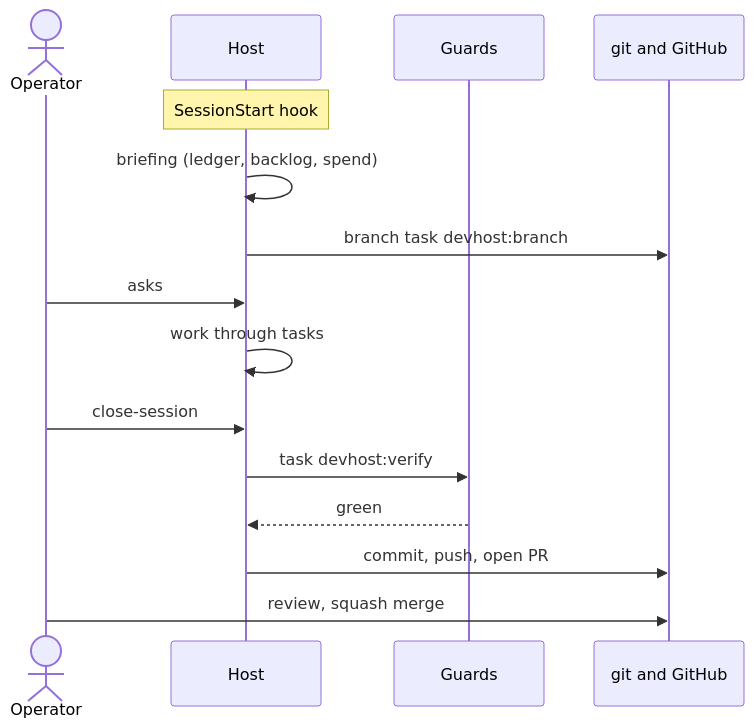
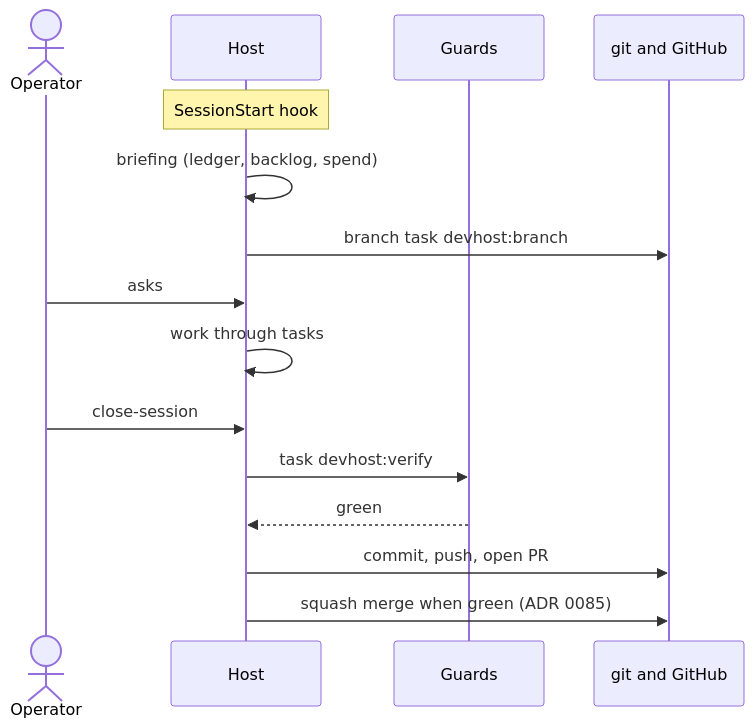
The first of 13 diagrams in docs/architecture/workflows.md (nabil-becker/devcontainer-features), drawn with Mermaid before and after one commit. The commit also changed other lines of this file and 10 other files, not shown here.

First line of the commit message:
docs(adr): 0085 the host merges its own green pull requests (host-merge-adr) (#252)

````diff
--- a/docs/architecture/workflows.md
+++ b/docs/architecture/workflows.md
@@ -11,17 +11,17 @@
 ```mermaid
 sequenceDiagram
   actor operator as Operator
   participant host as Host
   participant guards as Guards
   participant gh as git and GitHub
   Note over host: SessionStart hook
   host->>host: briefing (ledger, backlog, spend)
   host->>gh: branch task devhost:branch
   operator->>host: asks
   host->>host: work through tasks
   operator->>host: close-session
   host->>guards: task devhost:verify
   guards-->>host: green
   host->>gh: commit, push, open PR
-  operator->>gh: review, squash merge
+  host->>gh: squash merge when green (ADR 0085)
 ```
````
